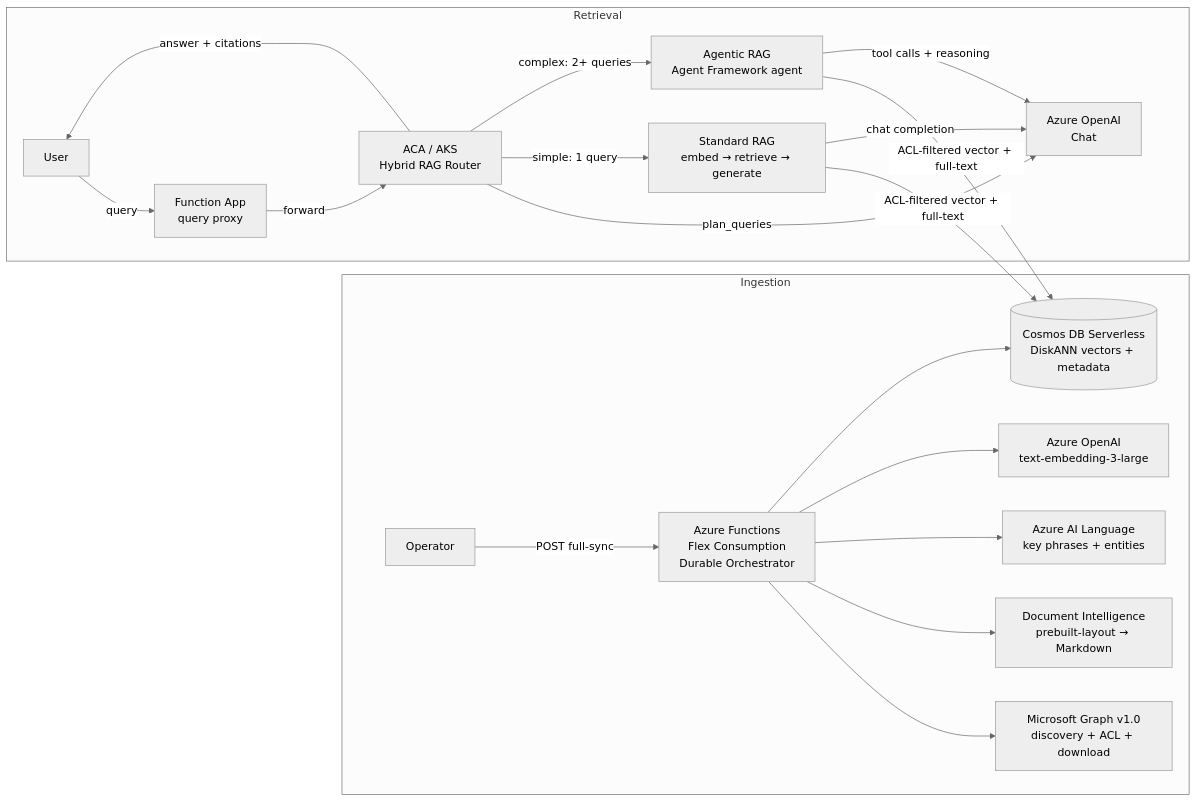
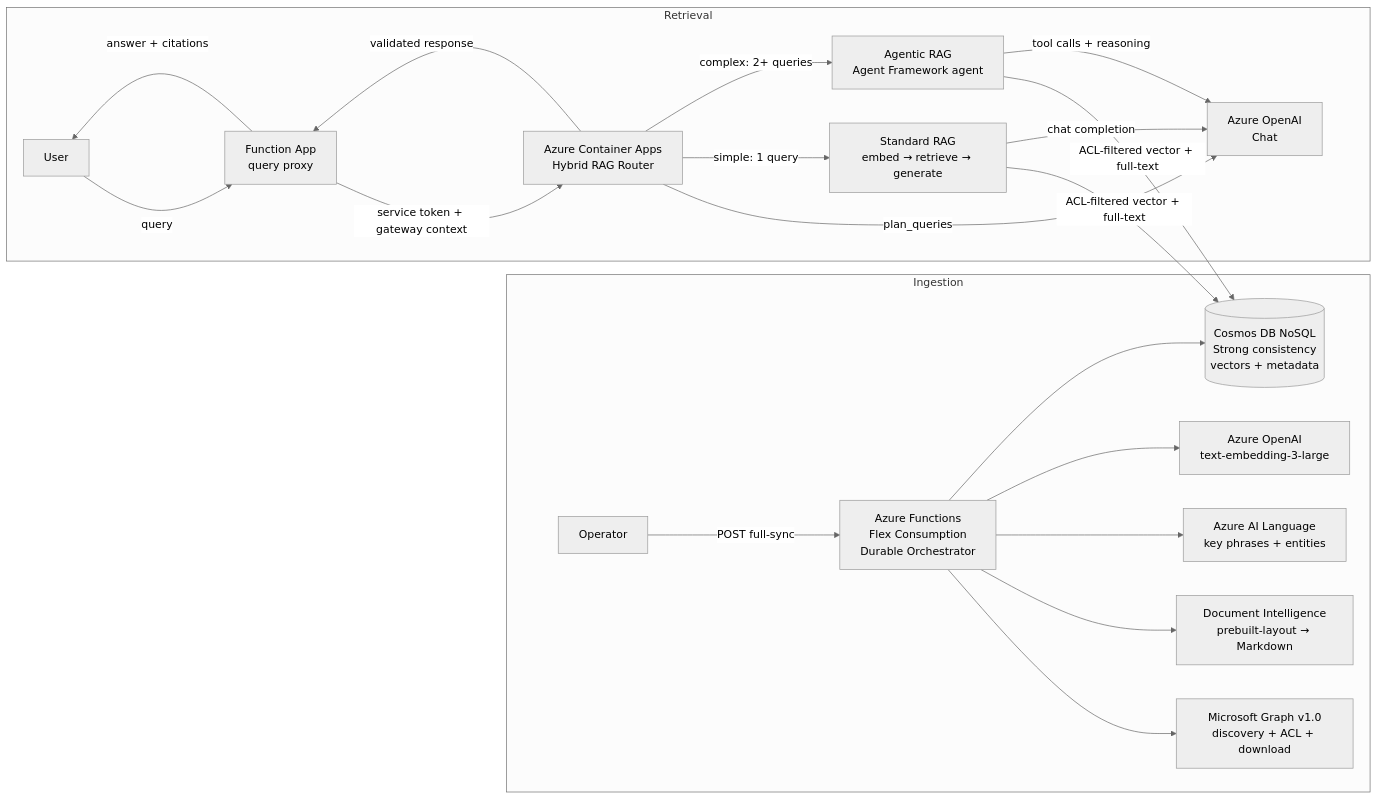
The first of 11 diagrams in docs/ARCHITECTURE.md (HariVamsiChittari/enterprise-rag-pipeline), drawn with Mermaid (neutral theme) before and after one commit. The commit also changed other lines of this file and 108 other files, not shown here.

````diff
--- a/docs/ARCHITECTURE.md
+++ b/docs/ARCHITECTURE.md
@@ -5,24 +7,25 @@
 ```mermaid
 flowchart LR
     subgraph Ingestion
         Operator[Operator] -->|POST full-sync| Functions[Azure Functions<br/>Flex Consumption<br/>Durable Orchestrator]
         Functions --> Graph[Microsoft Graph v1.0<br/>discovery + ACL + download]
         Functions --> DI[Document Intelligence<br/>prebuilt-layout → Markdown]
         Functions --> Language[Azure AI Language<br/>key phrases + entities]
         Functions --> OpenAI[Azure OpenAI<br/>text-embedding-3-large]
-        Functions --> Cosmos[(Cosmos DB Serverless<br/>DiskANN vectors + metadata)]
+        Functions --> Cosmos[(Cosmos DB NoSQL<br/>Strong consistency<br/>vectors + metadata)]
     end
 
     subgraph Retrieval
         User[User] -->|query| FuncProxy[Function App<br/>query proxy]
-        FuncProxy -->|forward| RAG[ACA / AKS<br/>Hybrid RAG Router]
+        FuncProxy -->|service token + gateway context| RAG[Azure Container Apps<br/>Hybrid RAG Router]
         RAG -->|plan_queries| OpenAIChat[Azure OpenAI<br/>Chat]
         RAG -->|simple: 1 query| Standard[Standard RAG<br/>embed → retrieve → generate]
         RAG -->|complex: 2+ queries| Agentic[Agentic RAG<br/>Agent Framework agent]
         Standard -->|ACL-filtered vector + full-text| Cosmos
         Agentic -->|ACL-filtered vector + full-text| Cosmos
         Standard -->|chat completion| OpenAIChat
         Agentic -->|tool calls + reasoning| OpenAIChat
-        RAG -->|answer + citations| User
+        RAG -->|validated response| FuncProxy
+        FuncProxy -->|answer + citations| User
     end
 ```
````
